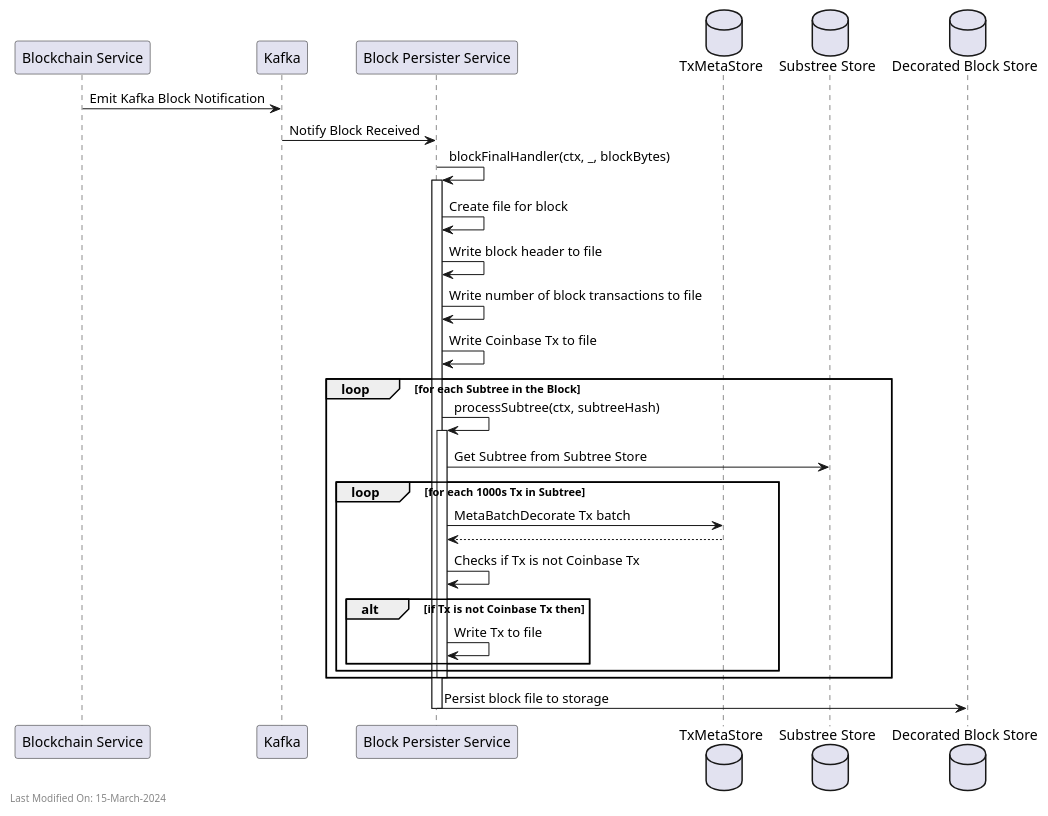
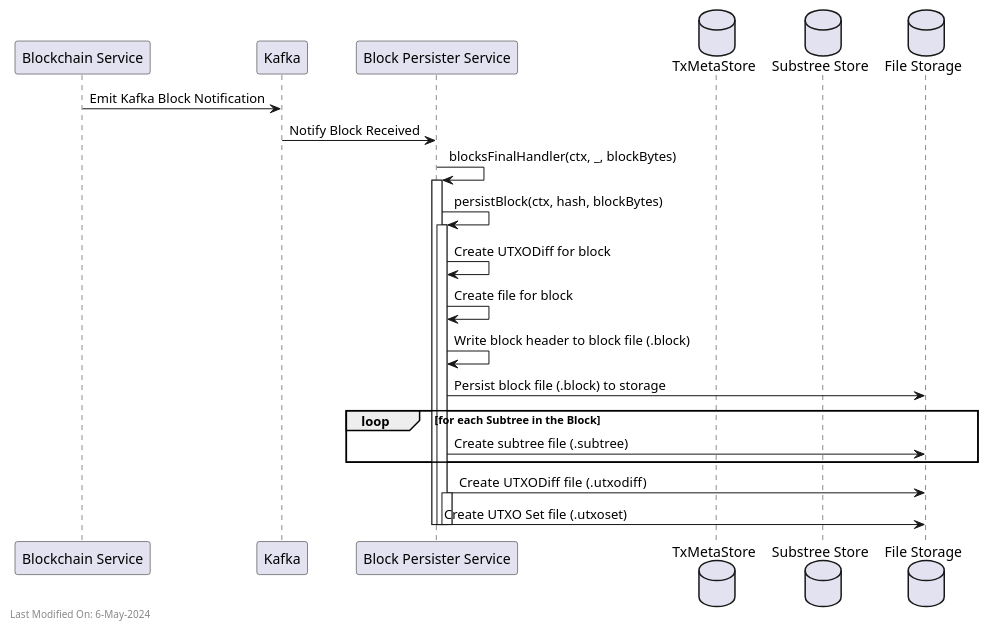
One commit to freemans13/teranode changed the diagram in docs/services/img/plantuml/blockpersister/block_persister_receive_new_blocks.puml. Above: the diagram before and after it, drawn with PlantUML. The commit also changed 4 other files, not shown here.

Commit message:
Documentation - Update Block Persister doc to include changes for subtrees / UTXO diffs and sets

```diff
--- a/docs/services/img/plantuml/blockpersister/block_persister_receive_new_blocks.puml
+++ b/docs/services/img/plantuml/blockpersister/block_persister_receive_new_blocks.puml
@@ -1,38 +1,40 @@
 @startuml
 participant "Blockchain Service" as Blockchain
 participant "Kafka" as Kafka
 participant "Block Persister Service" as BlockPersister
 database "TxMetaStore" as TMS
 database "Substree Store" as SubtreeStore
-database "Decorated Block Store" as BlockStore
-
+database "Substree Store" as SubtreeStore
+database "File Storage" as FileStorage
 
 Blockchain -> Kafka: Emit Kafka Block Notification
 Kafka -> BlockPersister: Notify Block Received
-BlockPersister -> BlockPersister: blockFinalHandler(ctx, _, blockBytes)
+BlockPersister -> BlockPersister: blocksFinalHandler(ctx, _, blockBytes)
 activate BlockPersister
+BlockPersister -> BlockPersister: persistBlock(ctx, hash, blockBytes)
+activate BlockPersister
+BlockPersister -> BlockPersister: Create UTXODiff for block
+
+
 BlockPersister -> BlockPersister: Create file for block
-BlockPersister -> BlockPersister: Write block header to file
-BlockPersister -> BlockPersister: Write number of block transactions to file
-BlockPersister -> BlockPersister: Write Coinbase Tx to file
+BlockPersister -> BlockPersister: Write block header to block file (.block)
+BlockPersister -> FileStorage: Persist block file (.block) to storage
+
 loop for each Subtree in the Block
-    BlockPersister -> BlockPersister: processSubtree(ctx, subtreeHash)
-    activate BlockPersister
-    BlockPersister -> SubtreeStore: Get Subtree from Subtree Store
-    loop for each 1000s Tx in Subtree
-        BlockPersister -> TMS : MetaBatchDecorate Tx batch
-        TMS --> BlockPersister
-        BlockPersister -> BlockPersister : Checks if Tx is not Coinbase Tx
-        alt if Tx is not Coinbase Tx then
-            BlockPersister -> BlockPersister: Write Tx to file
-        end
-    end
-    deactivate BlockPersister
+    BlockPersister -> FileStorage: Create subtree file (.subtree)
 end
 
-BlockPersister -> BlockStore: Persist block file to storage
+BlockPersister -> FileStorage: Create UTXODiff file  (.utxodiff)
+
+activate BlockPersister
+BlockPersister -> FileStorage: Create UTXO Set file (.utxoset)
 deactivate BlockPersister
 
-left footer Last Modified On: 15-March-2024
+
+deactivate BlockPersister
+deactivate BlockPersister
+
+
+left footer Last Modified On: 6-May-2024
 
 @enduml
```
